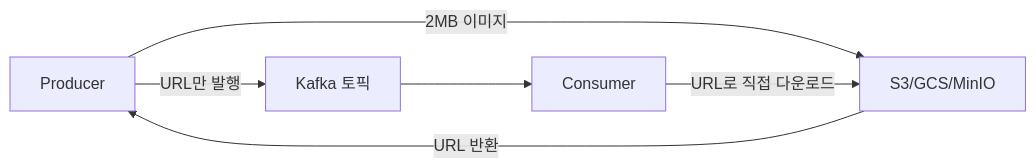
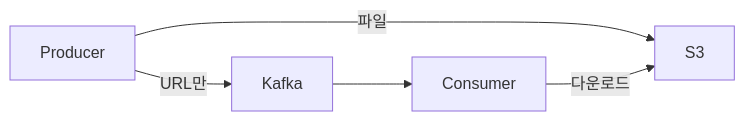
The seventh of 12 diagrams in _posts/kafka/2026-05-03-kafka-practical-patterns.md (yjkim2015/yjkim2015.github.io), drawn with Mermaid before and after one commit. The commit also changed other lines of this file and 2 other files, not shown here.

First line of the commit message:
Mermaid CSS 원복(제한 없음) + Kafka 다이어그램 내용 축소

````diff
--- a/_posts/kafka/2026-05-03-kafka-practical-patterns.md
+++ b/_posts/kafka/2026-05-03-kafka-practical-patterns.md
@@ -364,8 +351,6 @@
 ```mermaid
 graph LR
-    Producer["Producer"] -->|"2MB 이미지"| S3["S3/GCS/MinIO"]
-    S3 -->|"URL 반환"| Producer
-    Producer -->|"URL만 발행"| T["Kafka 토픽"]
-    T --> Consumer["Consumer"]
-    Consumer -->|"URL로 직접 다운로드"| S3
+    P["Producer"] -->|파일| S3
+    P -->|URL만| K["Kafka"]
+    K --> C["Consumer"] -->|다운로드| S3
 ```
````
